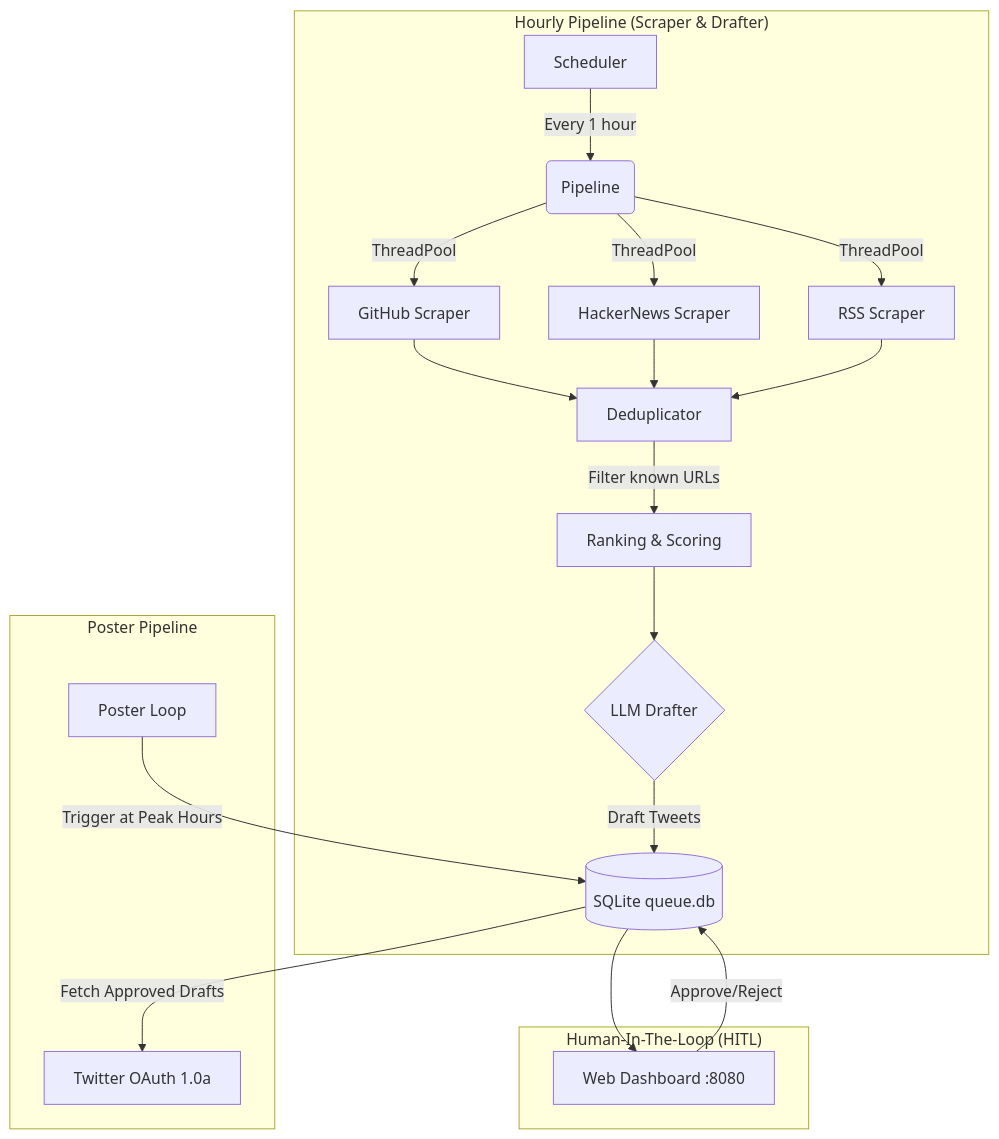
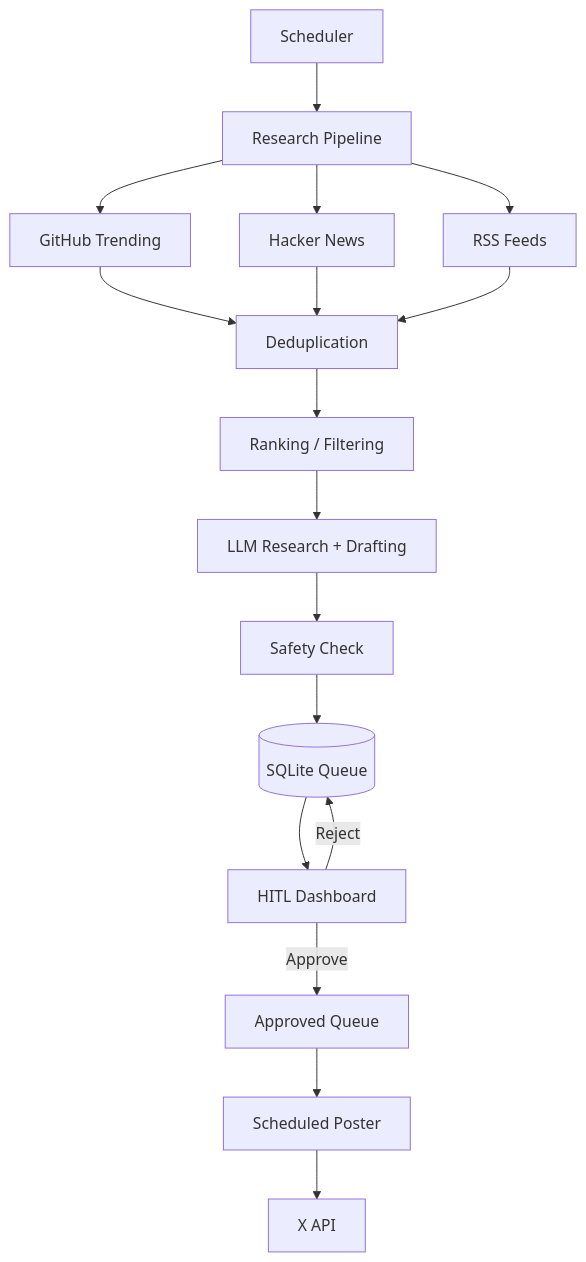
Before and after one commit to Prudhviraj101/X_Agent: the diagram in README.md, drawn with Mermaid. The commit also changed other lines of this file, not shown here.

````diff
--- a/README.md
+++ b/README.md
@@ -28,25 +71,24 @@
 ```mermaid
 graph TD
-    subgraph "Hourly Pipeline (Scraper & Drafter)"
-    S[Scheduler] -->|Every 1 hour| P(Pipeline)
-    P --> |ThreadPool| GH[GitHub Scraper]
-    P --> |ThreadPool| HN[HackerNews Scraper]
-    P --> |ThreadPool| RSS[RSS Scraper]
-    GH --> Dedup[Deduplicator]
-    HN --> Dedup
-    RSS --> Dedup
-    Dedup -->|Filter known URLs| Rank[Ranking & Scoring]
-    Rank --> LLM{LLM Drafter}
-    LLM --> |Draft Tweets| QueueDB[(SQLite queue.db)]
-    end
+    A[Scheduler] --> B[Research Pipeline]
 
-    subgraph "Human-In-The-Loop (HITL)"
-    QueueDB --> Dash[Web Dashboard :8080]
-    Dash -->|Approve/Reject| QueueDB
-    end
+    B --> C[GitHub Trending]
+    B --> D[Hacker News]
+    B --> E[RSS Feeds]
 
-    subgraph "Poster Pipeline"
-    Cron[Poster Loop] -->|Trigger at Peak Hours| QueueDB
-    QueueDB -->|Fetch Approved Drafts| TwitAPI[Twitter OAuth 1.0a]
-    end
+    C --> F[Deduplication]
+    D --> F
+    E --> F
+
+    F --> G[Ranking / Filtering]
+    G --> H[LLM Research + Drafting]
+    H --> I[Safety Check]
+    I --> J[(SQLite Queue)]
+
+    J --> K[HITL Dashboard]
+    K -->|Approve| L[Approved Queue]
+    K -->|Reject| J
+
+    L --> M[Scheduled Poster]
+    M --> N[X API]
 ```
````
